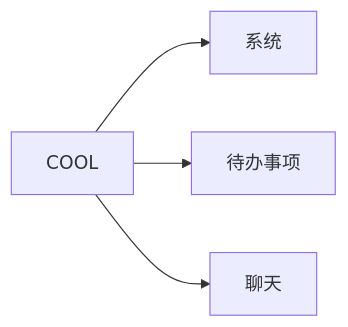
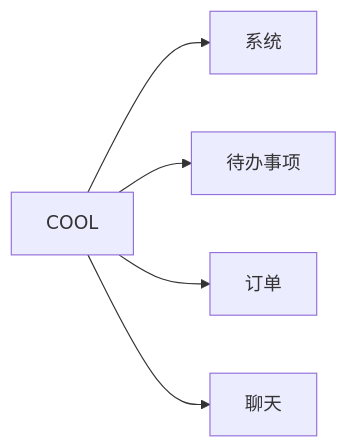
One commit to ananliangliang/cool changed the diagram in README.md. Above: the diagram before and after it, drawn with Mermaid. The commit also changed 16 other files, not shown here.

````diff
--- a/README.md
+++ b/README.md
@@ -5,6 +5,7 @@
 ```mermaid
 graph LR
 COOL[COOL] --> sys[系统]
 COOL --> todo[待办事项]
+COOL --> order[订单]
 COOL --> chat[聊天]
 ```
````
